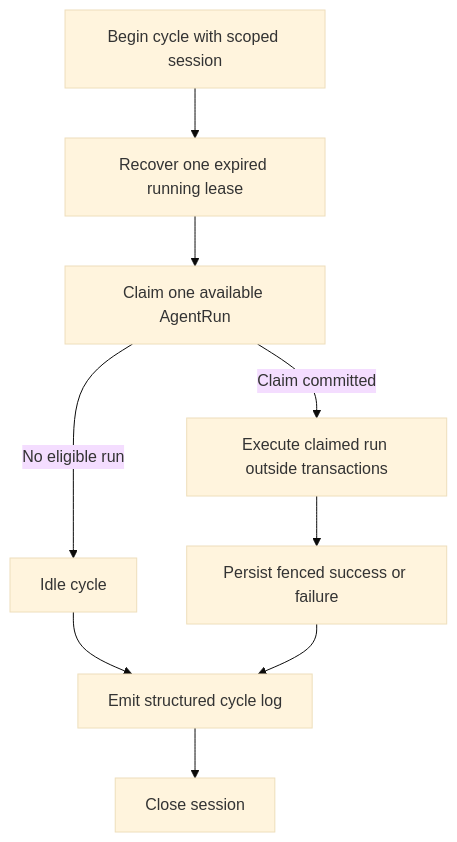
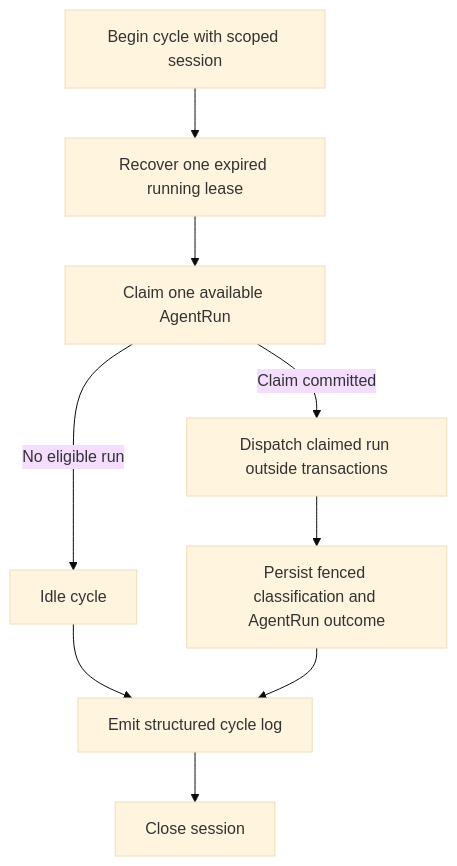
Before and after one commit to philgodoy96/supportops-ai-platform: the third of 8 diagrams in docs/architecture/runtime-topology.md, drawn with Mermaid (base theme). The commit also changed other lines of this file and 6 other files, not shown here.

````diff
--- a/docs/architecture/runtime-topology.md
+++ b/docs/architecture/runtime-topology.md
@@ -191,20 +205,20 @@
 ```mermaid
 flowchart TD
     Start[Begin cycle with scoped session]
     Recover[Recover one expired running lease]
     Claim[Claim one available AgentRun]
     Idle[Idle cycle]
-    Process[Execute claimed run outside transactions]
-    Persist[Persist fenced success or failure]
+    Process[Dispatch claimed run outside transactions]
+    Persist[Persist fenced classification and AgentRun outcome]
     Log[Emit structured cycle log]
     Close[Close session]
 
     Start --> Recover
     Recover --> Claim
     Claim -->|No eligible run| Idle
     Claim -->|Claim committed| Process
     Idle --> Log
     Process --> Persist
     Persist --> Log
     Log --> Close
 ```
````
